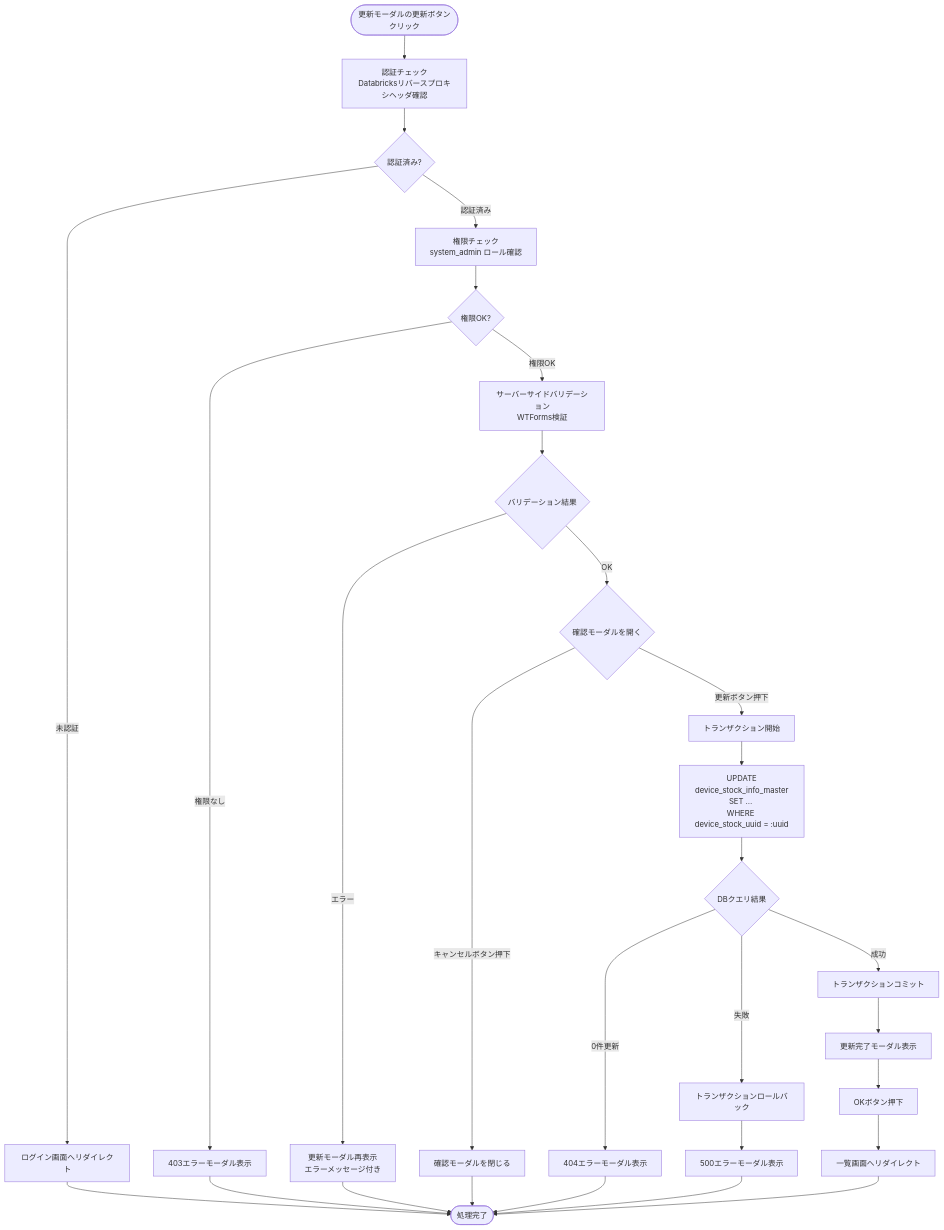
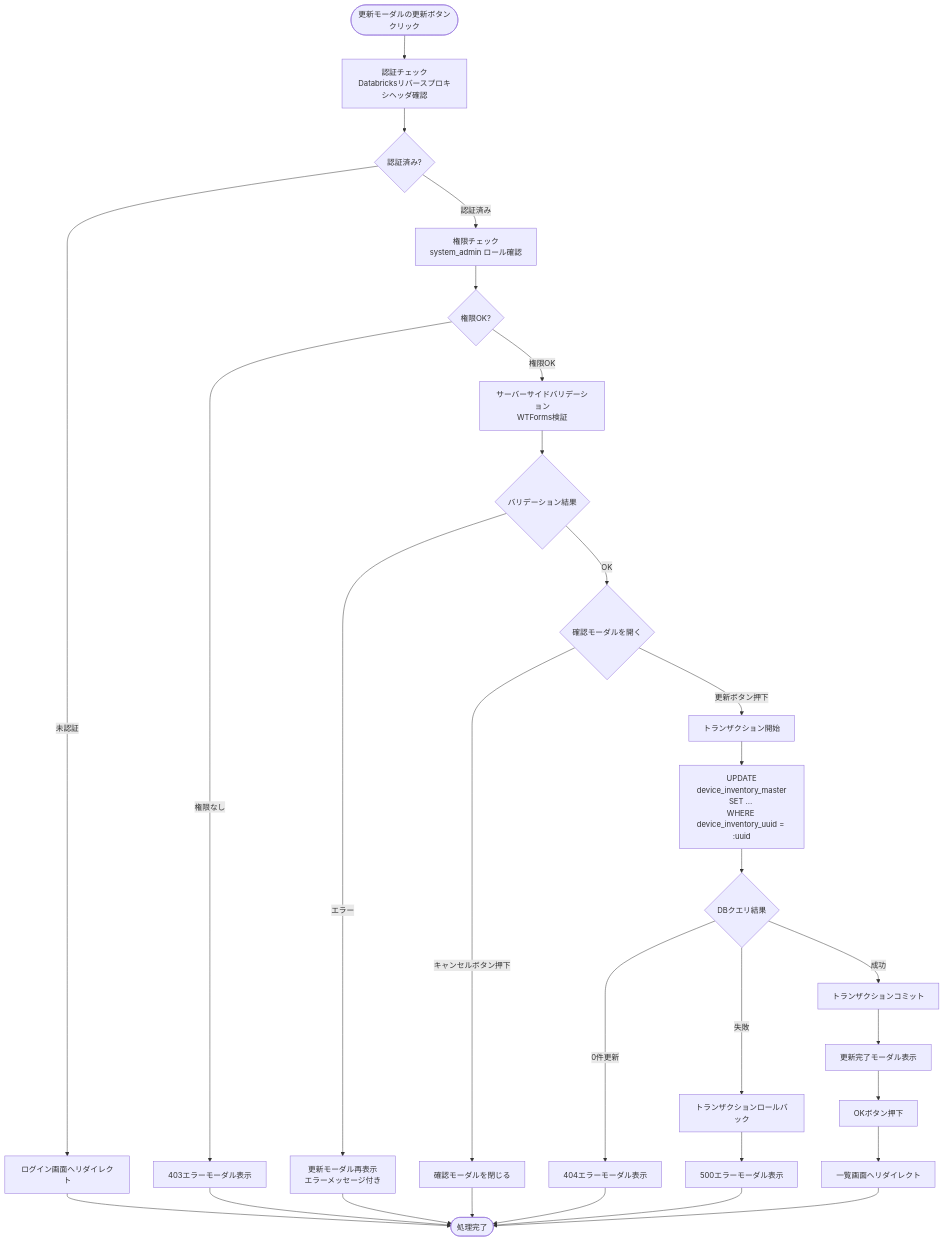
One commit to NSW-SVCP-AIWG002/Databricks-IoT changed the sixth of 9 diagrams in docs/03-features/flask-app/device-inventory/workflow-specification.md. Above: the diagram before and after it, drawn with Mermaid. The commit also changed other lines of this file and 4 other files, not shown here.

````diff
--- a/docs/03-features/flask-app/device-inventory/workflow-specification.md
+++ b/docs/03-features/flask-app/device-inventory/workflow-specification.md
@@ -627,40 +627,40 @@
 ```mermaid
 flowchart TD
     Start([更新モーダルの更新ボタン<br>クリック]) --> Auth[認証チェック<br>Databricksリバースプロキシヘッダ確認]
     Auth --> CheckAuth{認証済み?}
     CheckAuth -->|未認証| Error401[ログイン画面へリダイレクト]
     Error401 --> End([処理完了])
 
     CheckAuth -->|認証済み| Permission[権限チェック<br>system_admin ロール確認]
     Permission --> CheckPerm{権限OK?}
     CheckPerm -->|権限なし| Error403[403エラーモーダル表示]
     Error403 --> End
 
     CheckPerm -->|権限OK| Validate[サーバーサイドバリデーション<br>WTForms検証]
     Validate --> ValidCheck{バリデーション結果}
 
     ValidCheck -->|エラー| ValidError[更新モーダル再表示<br>エラーメッセージ付き]
     ValidError --> End
 
     ValidCheck -->|OK| OpenConfirmModal{確認モーダルを開く}
 
     OpenConfirmModal -->|キャンセルボタン押下| CancelMsg[確認モーダルを閉じる]
     CancelMsg --> End
 
     OpenConfirmModal -->|更新ボタン押下| BeginTx[トランザクション開始]
-    BeginTx --> Update[UPDATE<br>device_stock_info_master<br>SET ... <br>WHERE device_stock_uuid = :uuid]
+    BeginTx --> Update[UPDATE<br>device_inventory_master<br>SET ... <br>WHERE device_inventory_uuid = :uuid]
     Update --> UpdateResult{DBクエリ結果}
 
     UpdateResult -->|0件更新| Error404[404エラーモーダル表示]
     Error404 --> End
 
     UpdateResult -->|失敗| Rollback[トランザクションロールバック]
     Rollback --> Error500[500エラーモーダル表示]
     Error500 --> End
 
     UpdateResult -->|成功| Commit[トランザクションコミット]
     Commit --> ShowComplete[更新完了モーダル表示]
     ShowComplete --> UserOK[OKボタン押下]
     UserOK --> Redirect[一覧画面へリダイレクト]
     Redirect --> End
 ```
````
